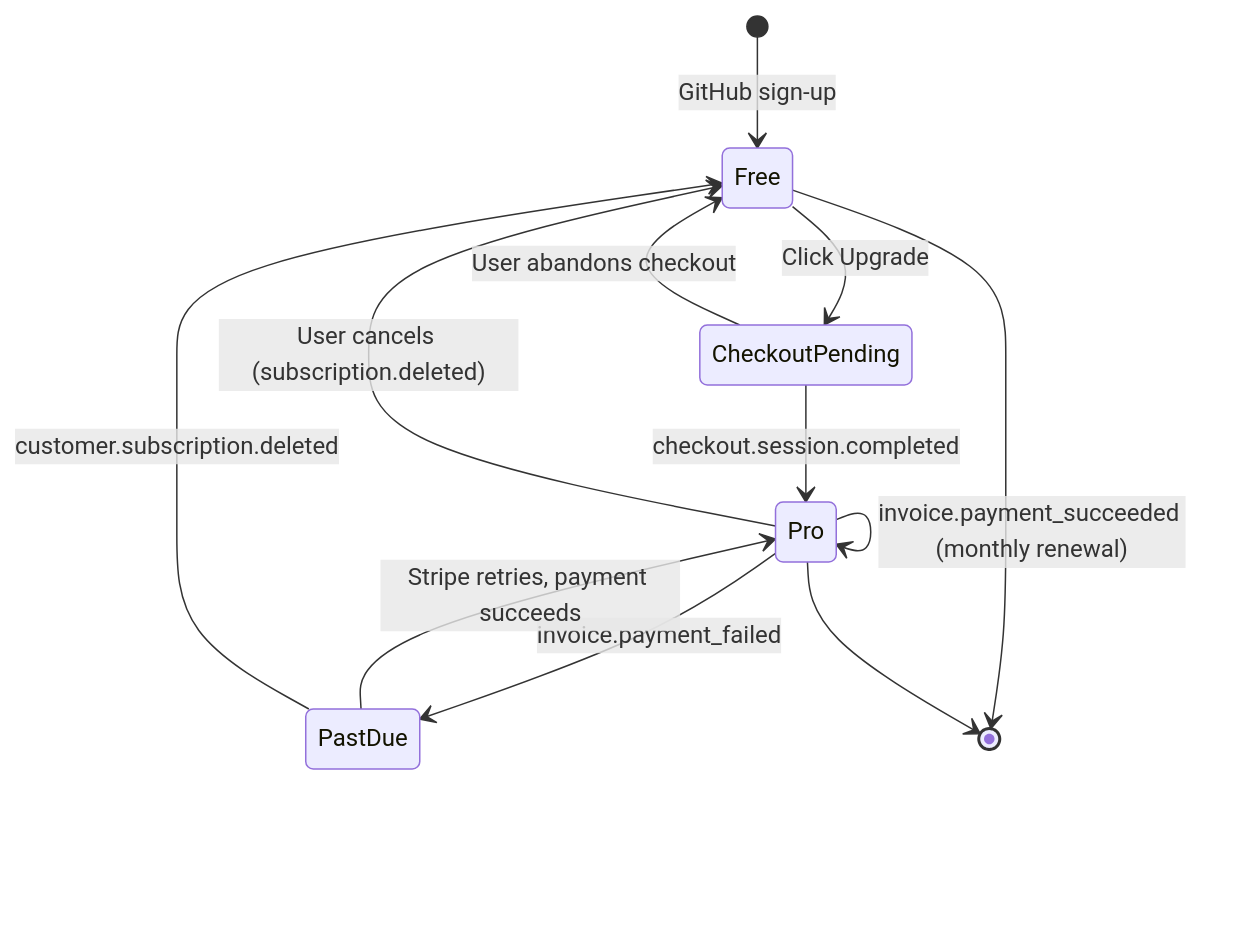
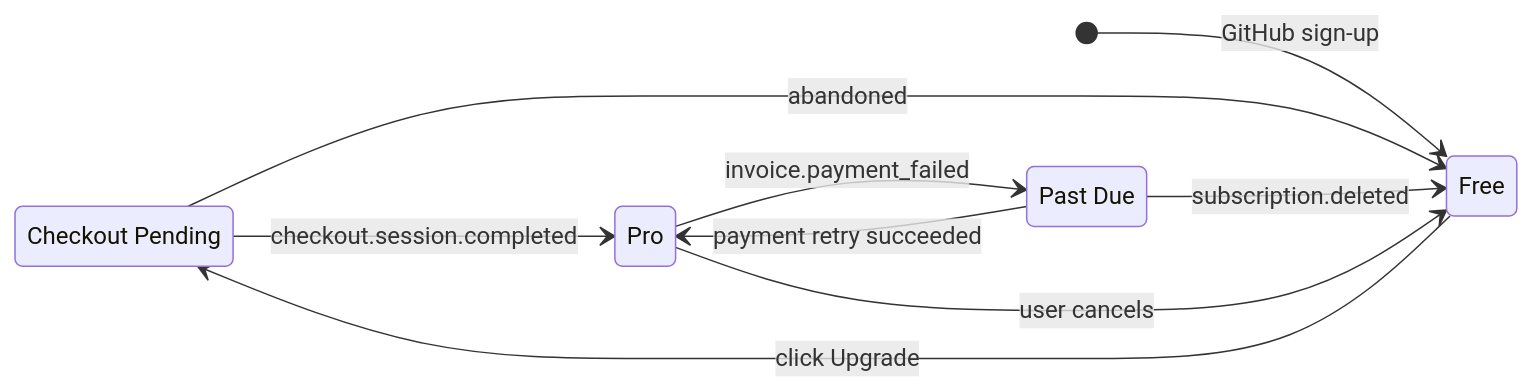
The seventh of 13 diagrams in README.md (JohnJohnW/audittrail-dev), drawn with Mermaid before and after one commit. The commit also changed other lines of this file, not shown here.

First line of the commit message:
Rewrite three broken Mermaid diagrams for clean rendering

````diff
--- a/README.md
+++ b/README.md
@@ -280,18 +280,18 @@
 ```mermaid
 stateDiagram-v2
+    direction LR
+    state "Checkout Pending" as Checkout
+    state "Past Due" as PastDue
+
     [*] --> Free : GitHub sign-up
 
-    Free --> CheckoutPending : Click Upgrade
-    CheckoutPending --> Free : User abandons checkout
-    CheckoutPending --> Pro : checkout.session.completed
+    Free --> Checkout : click Upgrade
+    Checkout --> Free : abandoned
+    Checkout --> Pro : checkout.session.completed
 
-    Pro --> Pro : invoice.payment_succeeded (monthly renewal)
     Pro --> PastDue : invoice.payment_failed
-    PastDue --> Pro : Stripe retries, payment succeeds
-    PastDue --> Free : customer.subscription.deleted
+    PastDue --> Pro : payment retry succeeded
+    PastDue --> Free : subscription.deleted
 
-    Pro --> Free : User cancels (subscription.deleted)
-
-    Free --> [*]
-    Pro --> [*]
+    Pro --> Free : user cancels
 ```
````
